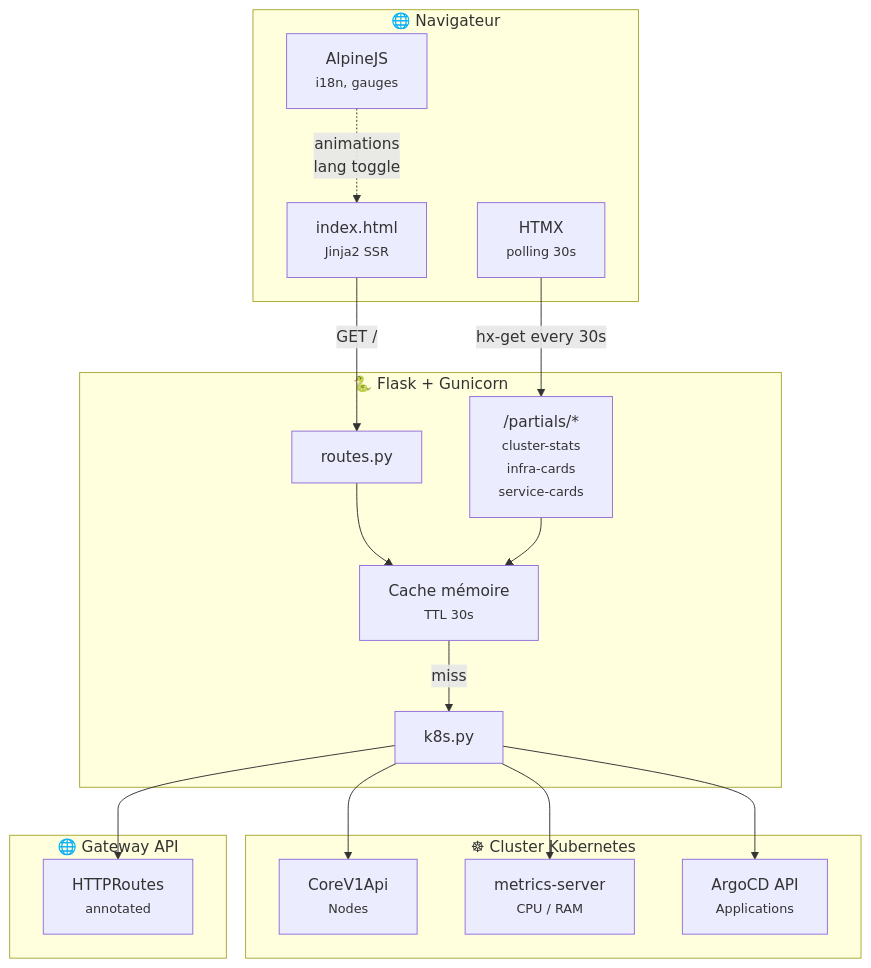
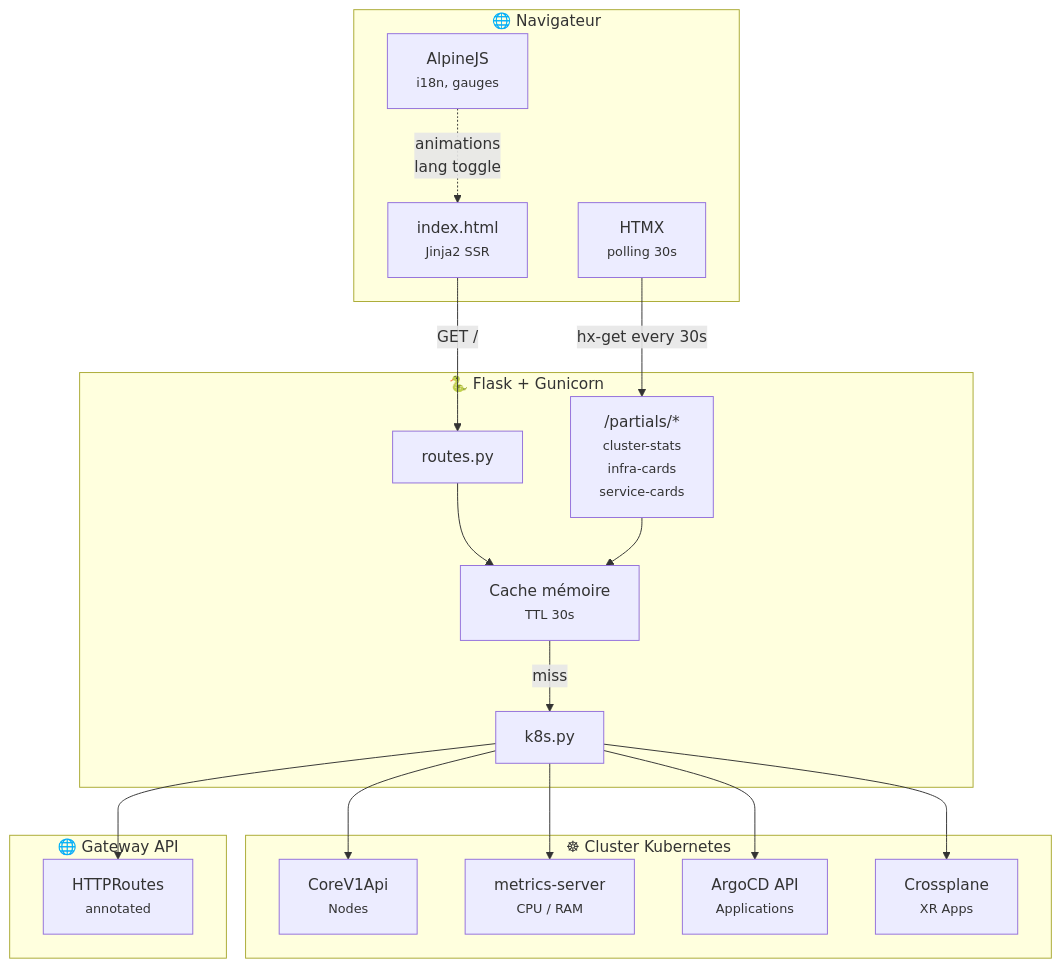
Before and after one commit to naqa92-portfolio-projects/talos-landing: the first of 2 diagrams in README.md, drawn with Mermaid. The commit also changed other lines of this file and 10 other files, not shown here.

````diff
--- a/README.md
+++ b/README.md
@@ -32,36 +32,38 @@
 ```mermaid
 flowchart TB
     subgraph Browser["🌐 Navigateur"]
         HTML["index.html<br/><small>Jinja2 SSR</small>"]
         HTMX["HTMX<br/><small>polling 30s</small>"]
         Alpine["AlpineJS<br/><small>i18n, gauges</small>"]
     end
 
     subgraph Flask["🐍 Flask + Gunicorn"]
         Routes["routes.py"]
         Partials["/partials/*<br/><small>cluster-stats<br/>infra-cards<br/>service-cards</small>"]
         Cache["Cache mémoire<br/><small>TTL 30s</small>"]
         K8sClient["k8s.py"]
     end
 
     subgraph K8s["☸ Cluster Kubernetes"]
         Nodes["CoreV1Api<br/><small>Nodes</small>"]
         Metrics["metrics-server<br/><small>CPU / RAM</small>"]
         Argo["ArgoCD API<br/><small>Applications</small>"]
+        XR["Crossplane<br/><small>XR Apps</small>"]
     end
 
     subgraph K8sGw["🌐 Gateway API"]
         HTTPRoutes["HTTPRoutes<br/><small>annotated</small>"]
     end
 
     HTML -->|"GET /"| Routes
     HTMX -->|"hx-get every 30s"| Partials
     Alpine -.->|"animations<br/>lang toggle"| HTML
     Routes --> Cache
     Partials --> Cache
     Cache -->|"miss"| K8sClient
     K8sClient --> Nodes
     K8sClient --> Metrics
     K8sClient --> Argo
+    K8sClient --> XR
     K8sClient --> HTTPRoutes
 ```
````
